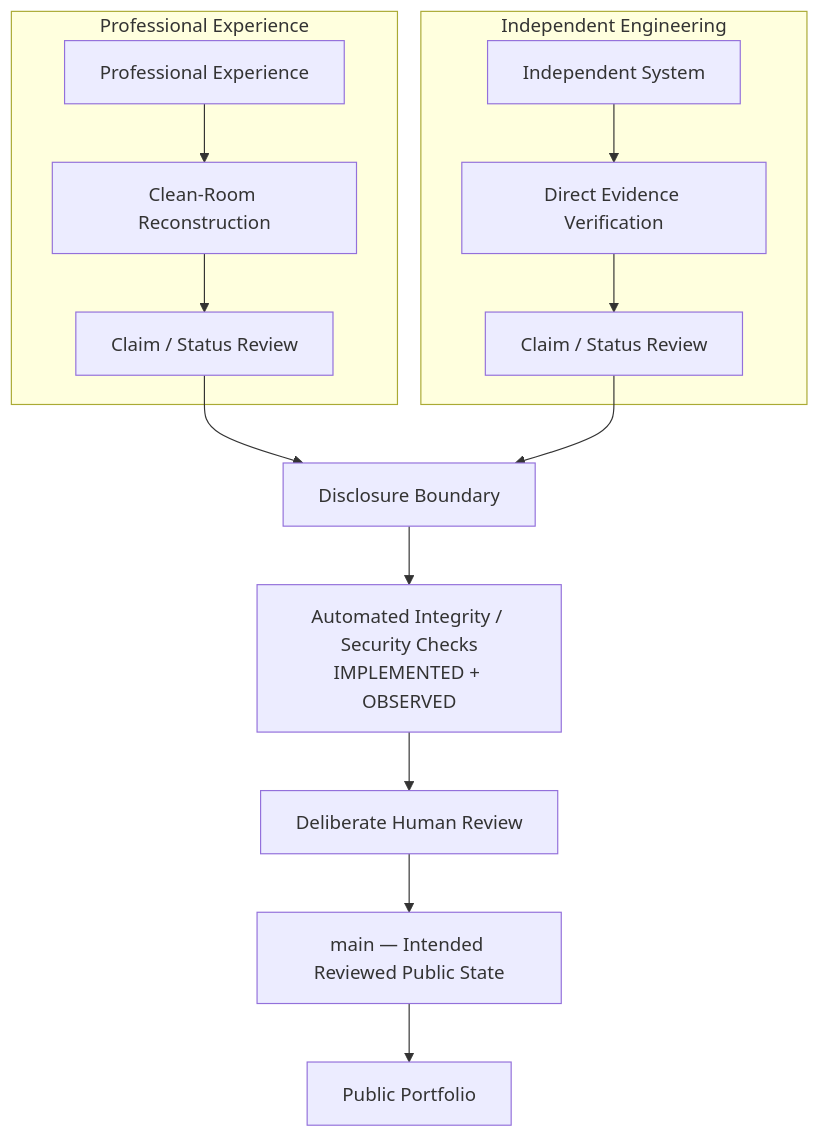
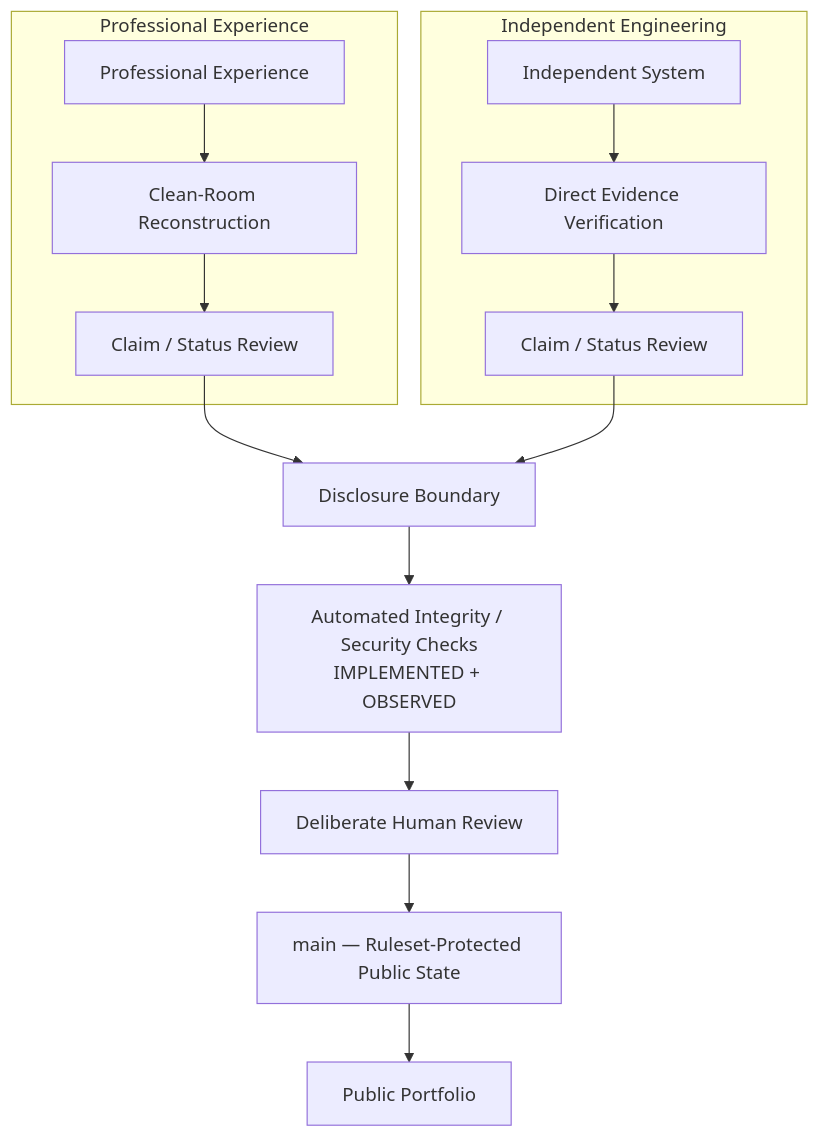
Before and after one commit to rmcbroom/security-engineering-portfolio: the diagram in ARCHITECTURE.md, drawn with Mermaid. The commit also changed other lines of this file, not shown here.

````diff
--- a/ARCHITECTURE.md
+++ b/ARCHITECTURE.md
@@ -26,19 +26,19 @@
 ```mermaid
 flowchart TB
     subgraph ProfessionalPath[Professional Experience]
         Professional[Professional Experience] --> CleanRoom[Clean-Room Reconstruction]
         CleanRoom --> ProfessionalReview[Claim / Status Review]
     end
 
     subgraph IndependentPath[Independent Engineering]
         Independent[Independent System] --> Verification[Direct Evidence Verification]
         Verification --> IndependentReview[Claim / Status Review]
     end
 
     ProfessionalReview --> Disclosure[Disclosure Boundary]
     IndependentReview --> Disclosure
     Disclosure --> Checks["Automated Integrity / Security Checks<br/>IMPLEMENTED + OBSERVED"]
     Checks --> Human[Deliberate Human Review]
-    Human --> Main[main — Intended Reviewed Public State]
+    Human --> Main[main — Ruleset-Protected Public State]
     Main --> Public[Public Portfolio]
 ```
````
